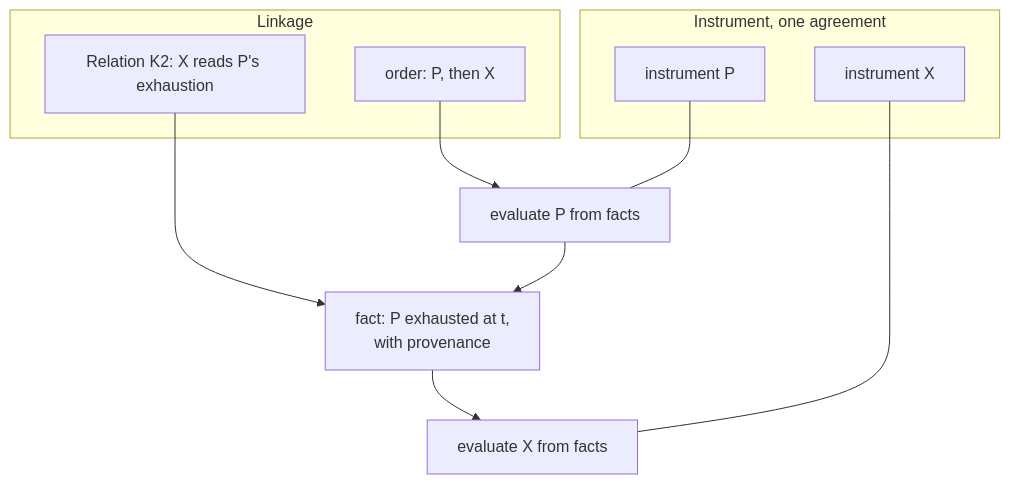
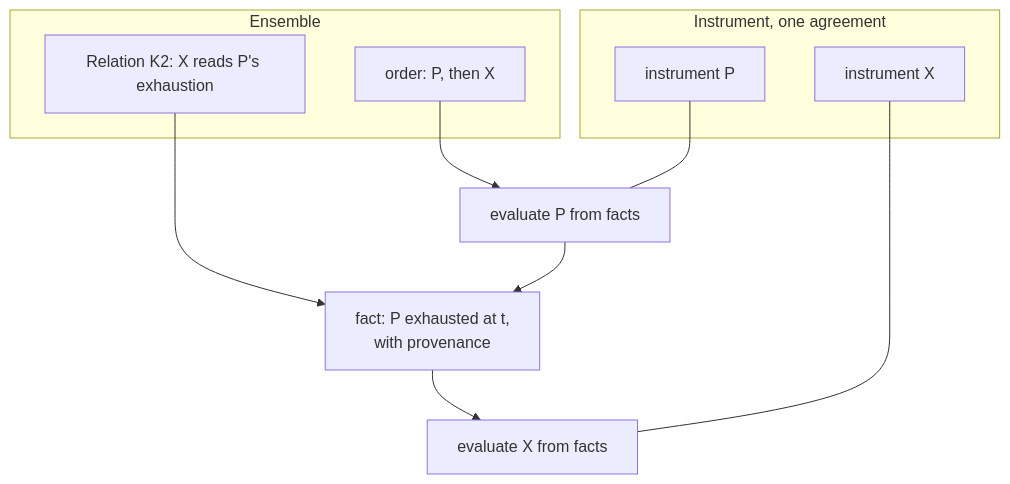
Before and after one commit to nebularis/lattice: the fourth of 5 diagrams in docs/developer/sketches/instrument-relations.md, drawn with Mermaid. The commit also changed other lines of this file and 13 other files, not shown here.

````diff
--- a/docs/developer/sketches/instrument-relations.md
+++ b/docs/developer/sketches/instrument-relations.md
@@ -187,17 +187,17 @@
 ```mermaid
 flowchart TB
-  subgraph LNK["Linkage"]
+  subgraph ENS["Ensemble"]
     REL["Relation K2: X reads P's exhaustion"]
     ORD["order: P, then X"]
   end
   subgraph INS["Instrument, one agreement"]
     P[instrument P]
     X[instrument X]
   end
   E1["evaluate P from facts"] --> F1["fact: P exhausted at t,<br/>with provenance"]
   F1 --> E2["evaluate X from facts"]
   ORD --> E1
   REL --> F1
   P --- E1
   X --- E2
 ```
````
